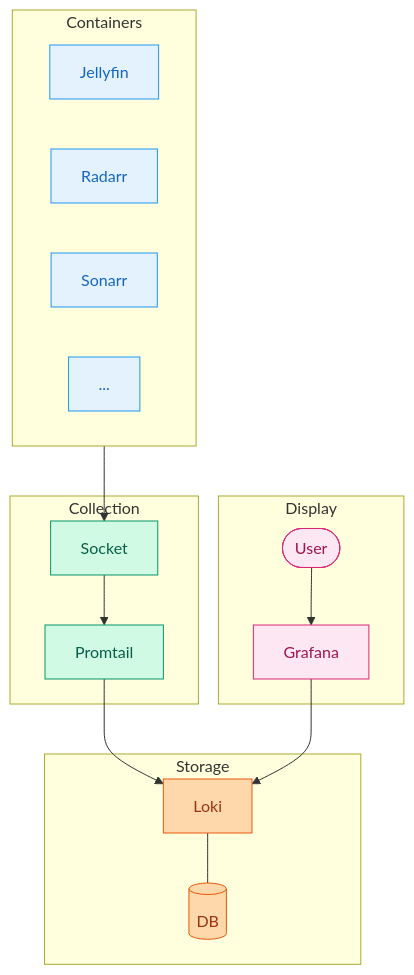
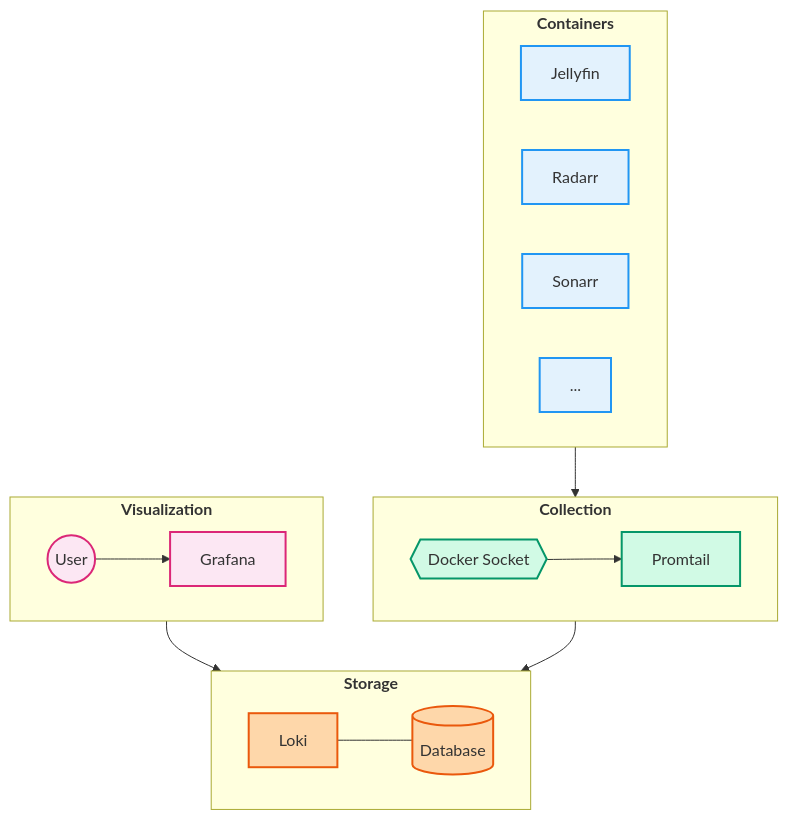
The first of 3 diagrams in docs-site/src/content/docs/guides/monitoring.mdx (Mykyta-Home-Server/homeserver), drawn with Mermaid before and after one commit. The commit also changed other lines of this file and 2 other files, not shown here.

First line of the commit message:
Refine Mermaid diagrams: compact layouts and remove labels

````diff
--- a/docs-site/src/content/docs/guides/monitoring.mdx
+++ b/docs-site/src/content/docs/guides/monitoring.mdx
@@ -12,41 +12,45 @@
 ```mermaid
 flowchart TB
-    subgraph containers[Containers]
-        C1[Jellyfin]
-        C2[Radarr]
-        C3[Sonarr]
-        C4[...]
+    subgraph containers["`**Containers**`"]
+        direction LR
+        C1@{ shape: rect, label: "Jellyfin" }
+        C2@{ shape: rect, label: "Radarr" }
+        C3@{ shape: rect, label: "Sonarr" }
+        C4@{ shape: rect, label: "..." }
     end
 
-    subgraph collection[Collection]
-        Socket[Socket]
-        Promtail[Promtail]
+    subgraph collection["`**Collection**`"]
+        direction LR
+        Socket@{ shape: hex, label: "Docker Socket" }
+        Promtail@{ shape: rect, label: "Promtail" }
     end
 
-    subgraph storage[Storage]
-        Loki[Loki]
-        Data[(DB)]
+    subgraph storage["`**Storage**`"]
+        direction LR
+        Loki@{ shape: rect, label: "Loki" }
+        Data@{ shape: cyl, label: "Database" }
     end
 
-    subgraph viz[Display]
-        Grafana[Grafana]
-        User([User])
+    subgraph viz["`**Visualization**`"]
+        direction LR
+        User@{ shape: circle, label: "User" }
+        Grafana@{ shape: rect, label: "Grafana" }
     end
 
     containers --> Socket
     Socket --> Promtail
     Promtail --> Loki
     Loki --- Data
     User --> Grafana
     Grafana --> Loki
 
-    classDef containerStyle fill:#e3f2fd,stroke:#2196f3,color:#1565c0
-    classDef collectionStyle fill:#d1fae5,stroke:#059669,color:#065f46
-    classDef storageStyle fill:#fed7aa,stroke:#ea580c,color:#9a3412
-    classDef vizStyle fill:#fce7f3,stroke:#db2777,color:#9d174d
+    classDef containerStyle fill:#e3f2fd,stroke:#2196f3,stroke-width:2px
+    classDef collectionStyle fill:#d1fae5,stroke:#059669,stroke-width:2px
+    classDef storageStyle fill:#fed7aa,stroke:#ea580c,stroke-width:2px
+    classDef vizStyle fill:#fce7f3,stroke:#db2777,stroke-width:2px
 
     class C1,C2,C3,C4 containerStyle
     class Socket,Promtail collectionStyle
     class Loki,Data storageStyle
     class Grafana,User vizStyle
 ```
````
